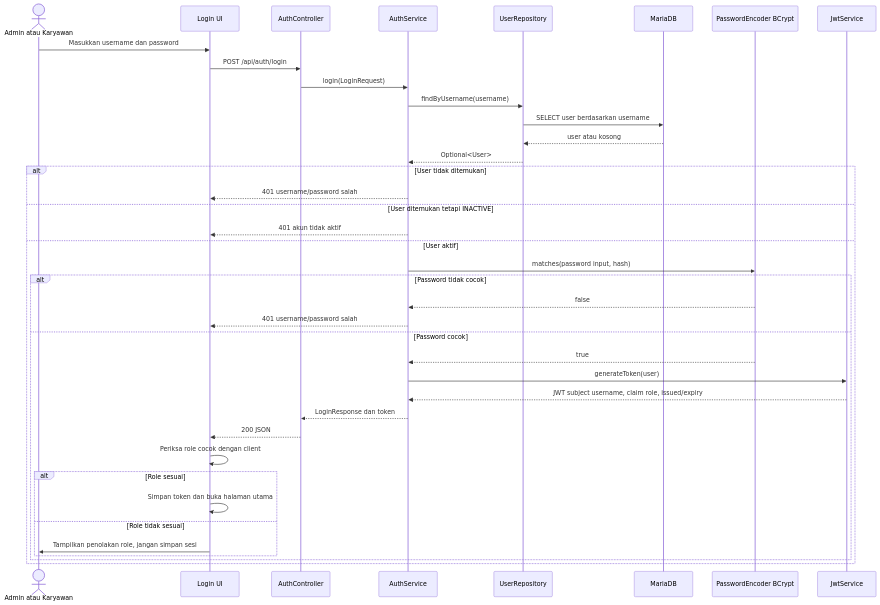
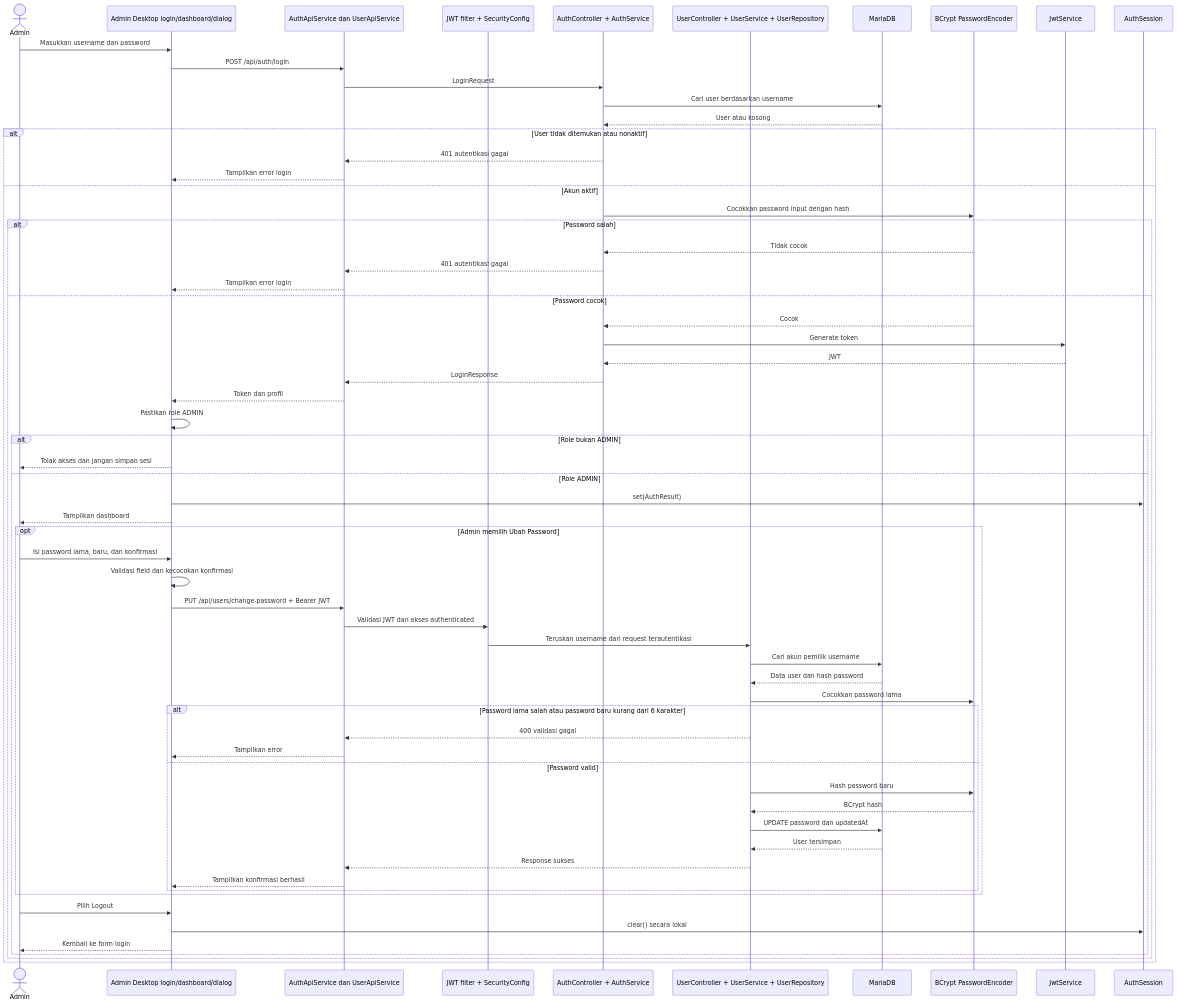
One commit to curteinnn/apkOffice changed the diagram in docs/diagrams/sequence/authentication-sequence.md. Above: the diagram before and after it, drawn with Mermaid. The commit also changed other lines of this file and 9 other files, not shown here.

````diff
--- a/docs/diagrams/sequence/authentication-sequence.md
+++ b/docs/diagrams/sequence/authentication-sequence.md
@@ -7,42 +5,67 @@
 ```mermaid
 sequenceDiagram
-    actor User as Admin atau Karyawan
-    participant Client as Login UI
-    participant AuthC as AuthController
-    participant AuthS as AuthService
-    participant Users as UserRepository
+    actor Admin
+    participant UI as Admin Desktop login/dashboard/dialog
+    participant API as AuthApiService dan UserApiService
+    participant Security as JWT filter + SecurityConfig
+    participant Auth as AuthController + AuthService
+    participant Account as UserController + UserService + UserRepository
     participant DB as MariaDB
-    participant Encoder as PasswordEncoder BCrypt
-    participant Jwt as JwtService
+    participant Encoder as BCrypt PasswordEncoder
+    participant JWT as JwtService
+    participant Session as AuthSession
 
-    User->>Client: Masukkan username dan password
-    Client->>AuthC: POST /api/auth/login
-    AuthC->>AuthS: login(LoginRequest)
-    AuthS->>Users: findByUsername(username)
-    Users->>DB: SELECT user berdasarkan username
-    DB-->>Users: user atau kosong
-    Users-->>AuthS: Optional<User>
-    alt User tidak ditemukan
-        AuthS-->>Client: 401 username/password salah
-    else User ditemukan tetapi INACTIVE
-        AuthS-->>Client: 401 akun tidak aktif
-    else User aktif
-        AuthS->>Encoder: matches(password input, hash)
-        alt Password tidak cocok
-            Encoder-->>AuthS: false
-            AuthS-->>Client: 401 username/password salah
+    Admin->>UI: Masukkan username dan password
+    UI->>API: POST /api/auth/login
+    API->>Auth: LoginRequest
+    Auth->>DB: Cari user berdasarkan username
+    DB-->>Auth: User atau kosong
+    alt User tidak ditemukan atau nonaktif
+        Auth-->>API: 401 autentikasi gagal
+        API-->>UI: Tampilkan error login
+    else Akun aktif
+        Auth->>Encoder: Cocokkan password input dengan hash
+        alt Password salah
+            Encoder-->>Auth: Tidak cocok
+            Auth-->>API: 401 autentikasi gagal
+            API-->>UI: Tampilkan error login
         else Password cocok
-            Encoder-->>AuthS: true
-            AuthS->>Jwt: generateToken(user)
-            Jwt-->>AuthS: JWT subject username, claim role, issued/expiry
-            AuthS-->>AuthC: LoginResponse dan token
-            AuthC-->>Client: 200 JSON
-            Client->>Client: Periksa role cocok dengan client
-            alt Role sesuai
-                Client->>Client: Simpan token dan buka halaman utama
-            else Role tidak sesuai
-                Client->>User: Tampilkan penolakan role, jangan simpan sesi
+            Encoder-->>Auth: Cocok
+            Auth->>JWT: Generate token
+            JWT-->>Auth: JWT
+            Auth-->>API: LoginResponse
+            API-->>UI: Token dan profil
+            UI->>UI: Pastikan role ADMIN
+            alt Role bukan ADMIN
+                UI-->>Admin: Tolak akses dan jangan simpan sesi
+            else Role ADMIN
+                UI->>Session: set(AuthResult)
+                UI-->>Admin: Tampilkan dashboard
+                opt Admin memilih Ubah Password
+                    Admin->>UI: Isi password lama, baru, dan konfirmasi
+                    UI->>UI: Validasi field dan kecocokan konfirmasi
+                    UI->>API: PUT /api/users/change-password + Bearer JWT
+                    API->>Security: Validasi JWT dan akses authenticated
+                    Security->>Account: Teruskan username dari request terautentikasi
+                    Account->>DB: Cari akun pemilik username
+                    DB-->>Account: Data user dan hash password
+                    Account->>Encoder: Cocokkan password lama
+                    alt Password lama salah atau password baru kurang dari 6 karakter
+                        Account-->>API: 400 validasi gagal
+                        API-->>UI: Tampilkan error
+                    else Password valid
+                        Account->>Encoder: Hash password baru
+                        Encoder-->>Account: BCrypt hash
+                        Account->>DB: UPDATE password dan updatedAt
+                        DB-->>Account: User tersimpan
+                        Account-->>API: Response sukses
+                        API-->>UI: Tampilkan konfirmasi berhasil
+                    end
+                end
+                Admin->>UI: Pilih Logout
+                UI->>Session: clear() secara lokal
+                UI-->>Admin: Kembali ke form login
             end
         end
     end
 ```
````
